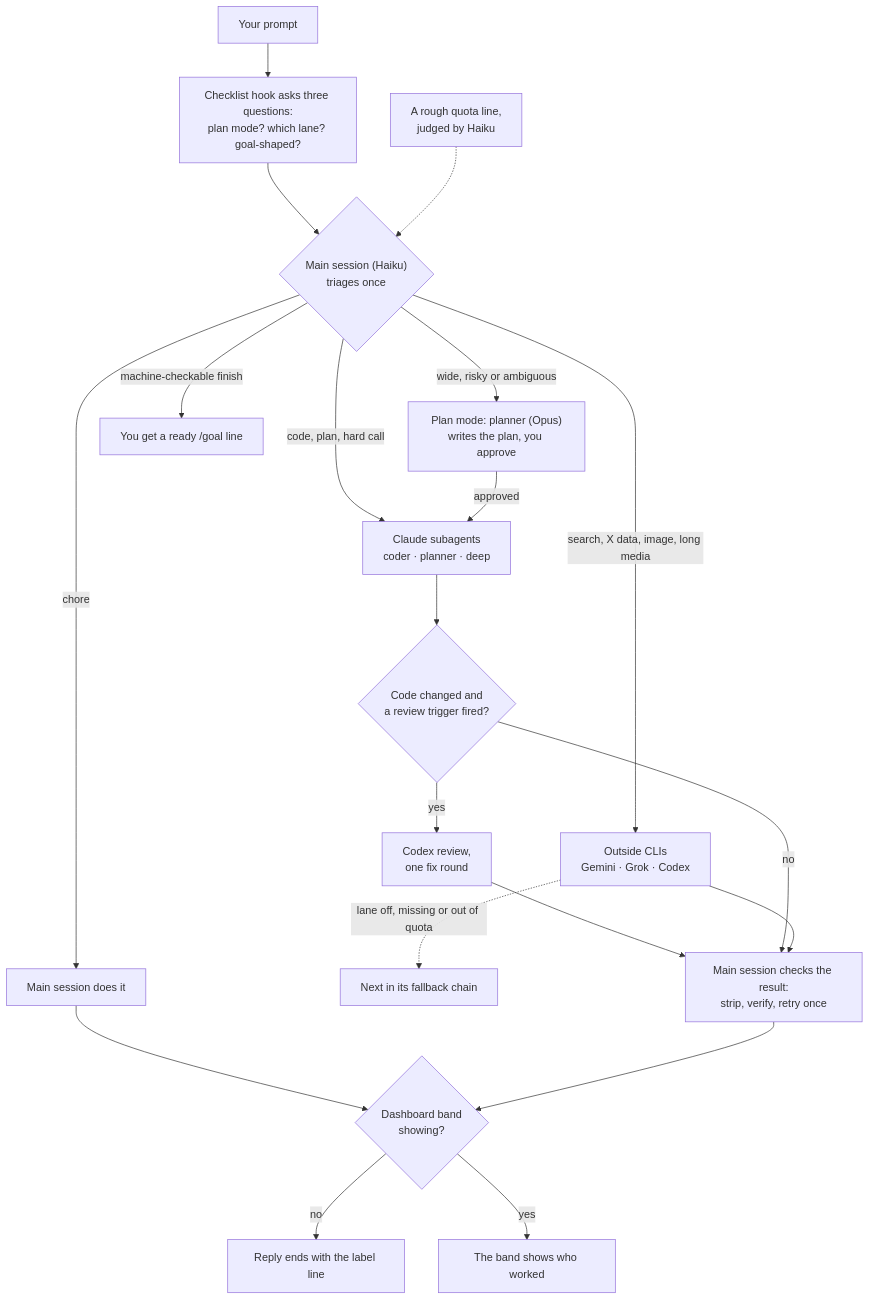
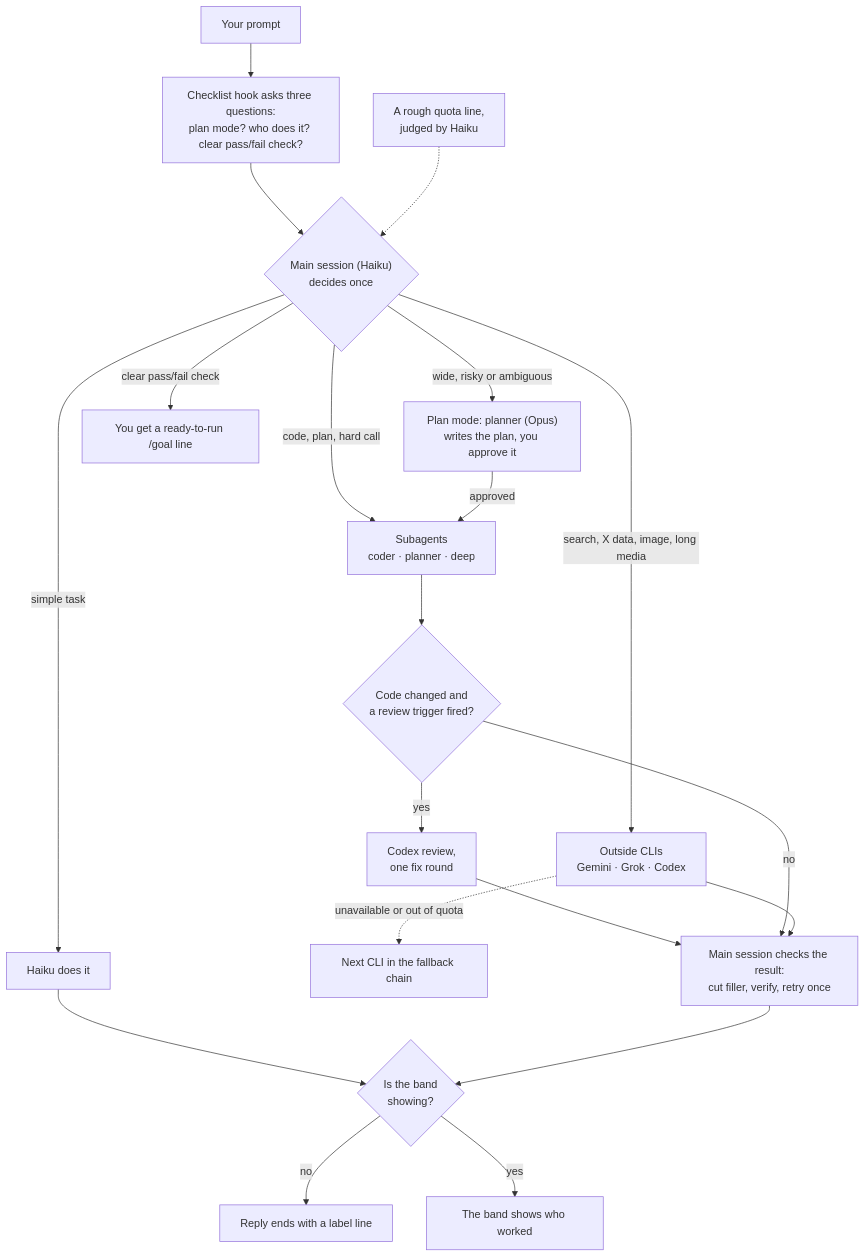
One commit to Brulek/claude-router changed the diagram in README.md. Above: the diagram before and after it, drawn with Mermaid. The commit also changed other lines of this file and 1 other file, not shown here.

````diff
--- a/README.md
+++ b/README.md
@@ -17,37 +17,37 @@
 ```mermaid
 flowchart TD
     IN["Your prompt"]
-    HOOK["Checklist hook asks three questions:<br/>plan mode? which lane? goal-shaped?"]
+    HOOK["Checklist hook asks three questions:<br/>plan mode? who does it? clear pass/fail check?"]
     QUOTA["A rough quota line,<br/>judged by Haiku"]
-    TRIAGE{"Main session (Haiku)<br/>triages once"}
-    PLAN["Plan mode: planner (Opus)<br/>writes the plan, you approve"]
-    GOAL["You get a ready /goal line"]
-    SELF["Main session does it"]
-    SUB["Claude subagents<br/>coder · planner · deep"]
+    TRIAGE{"Main session (Haiku)<br/>decides once"}
+    PLAN["Plan mode: planner (Opus)<br/>writes the plan, you approve it"]
+    GOAL["You get a ready-to-run /goal line"]
+    SELF["Haiku does it"]
+    SUB["Subagents<br/>coder · planner · deep"]
     CLI["Outside CLIs<br/>Gemini · Grok · Codex"]
-    NEXT["Next in its fallback chain"]
+    NEXT["Next CLI in the fallback chain"]
     REV{"Code changed and<br/>a review trigger fired?"}
     CODEX["Codex review,<br/>one fix round"]
-    CHECK["Main session checks the result:<br/>strip, verify, retry once"]
-    BAND{"Dashboard band<br/>showing?"}
-    LABEL["Reply ends with the label line"]
+    CHECK["Main session checks the result:<br/>cut filler, verify, retry once"]
+    BAND{"Is the band<br/>showing?"}
+    LABEL["Reply ends with a label line"]
     SHOWN["The band shows who worked"]
 
     IN --> HOOK --> TRIAGE
     QUOTA -.-> TRIAGE
     TRIAGE -->|"wide, risky or ambiguous"| PLAN
-    TRIAGE -->|"machine-checkable finish"| GOAL
-    TRIAGE -->|"chore"| SELF
+    TRIAGE -->|"clear pass/fail check"| GOAL
+    TRIAGE -->|"simple task"| SELF
     TRIAGE -->|"code, plan, hard call"| SUB
     TRIAGE -->|"search, X data, image, long media"| CLI
     PLAN -->|"approved"| SUB
-    CLI -.->|"lane off, missing or out of quota"| NEXT
+    CLI -.->|"unavailable or out of quota"| NEXT
     SUB --> REV
     REV -->|"yes"| CODEX --> CHECK
     REV -->|"no"| CHECK
     CLI --> CHECK
     SELF --> BAND
     CHECK --> BAND
     BAND -->|"no"| LABEL
     BAND -->|"yes"| SHOWN
 ```
````
